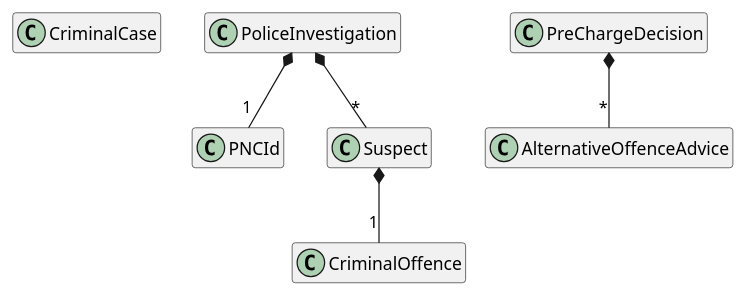
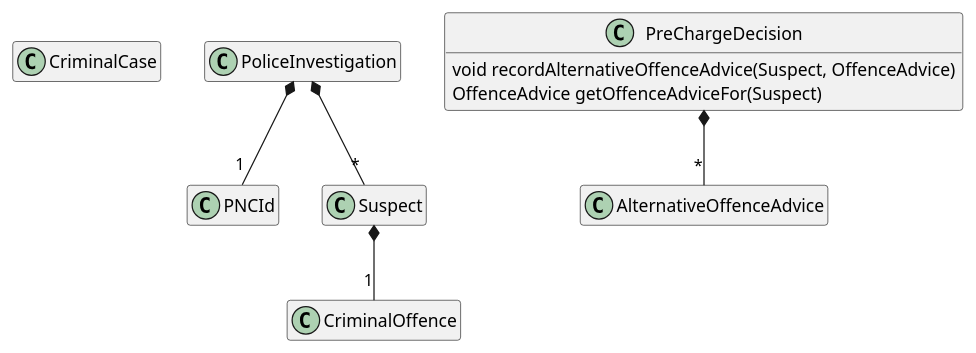
One commit to sswietoniowski/learning-csharp-domain-driven-desing-first-steps changed the diagram in docs/Domain-Model.puml. Above: the diagram before and after it, drawn with PlantUML.

Commit message:
DOCS - Update the diagram to show the new OffenceAdvice

```diff
--- a/docs/Domain-Model.puml
+++ b/docs/Domain-Model.puml
@@ -1,33 +1,35 @@
 @startuml
 hide empty members
 hide empty methods
 
 class CriminalCase {
 }
 
 class CriminalOffence {
 }
 
 class PNCId {
 }
 
 class PoliceInvestigation {
 }
 
 class PreChargeDecision {
+    void recordAlternativeOffenceAdvice(Suspect, OffenceAdvice)
+    OffenceAdvice getOffenceAdviceFor(Suspect)
 }
 
 class AlternativeOffenceAdvice {
 }
 
 class Suspect    {
 }
 
 Suspect *-- "1" CriminalOffence
 
 PoliceInvestigation *-- "*" Suspect
 
 PoliceInvestigation *-- "1" PNCId
 
 PreChargeDecision *-- "*" AlternativeOffenceAdvice
 @enduml
```
